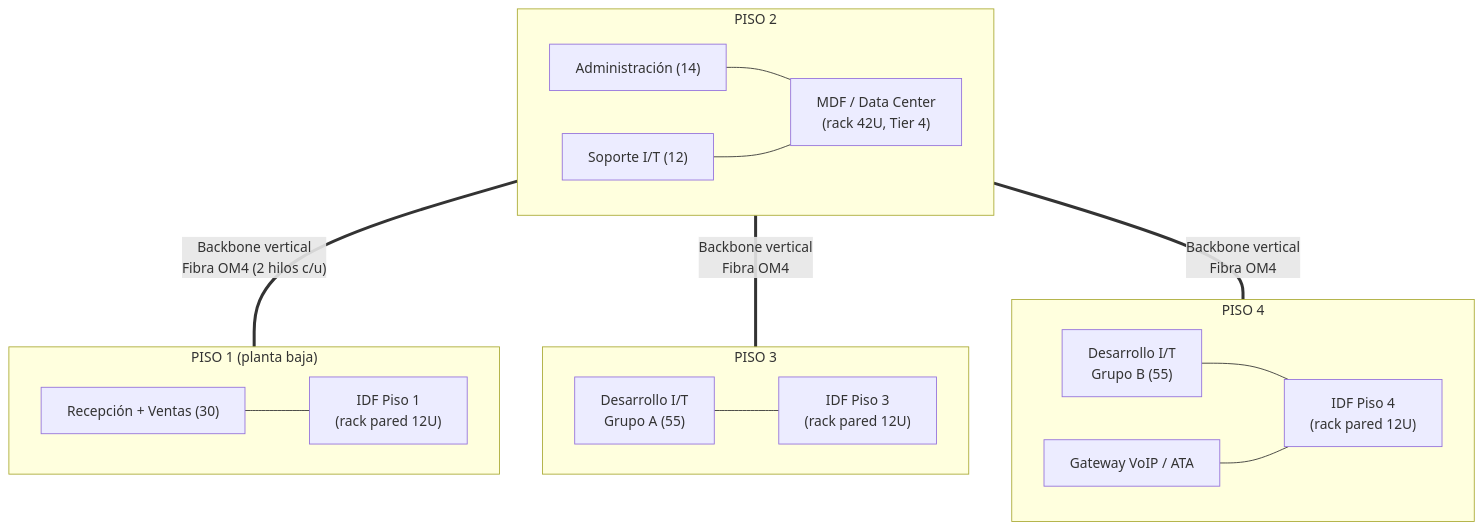
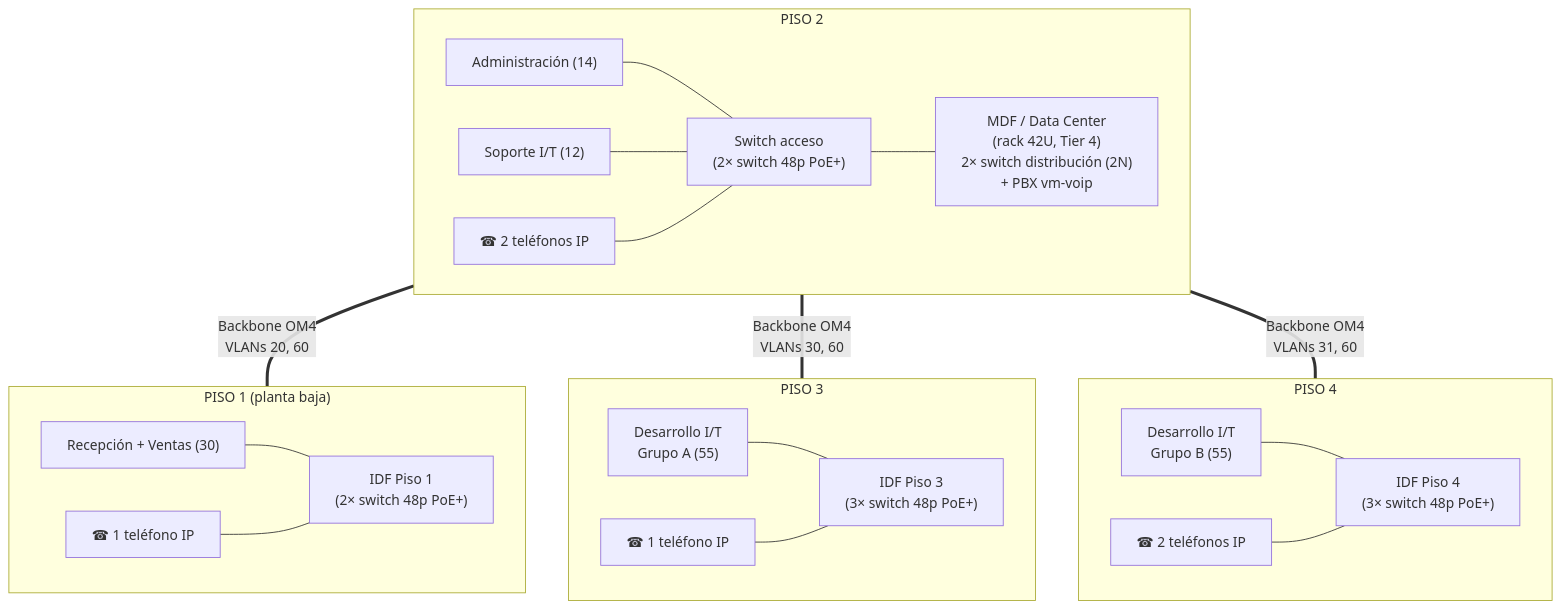
One commit to Samuel-s-Proyects/Redes-Proyecto-Final changed the diagram in Fase-1-Diseno-Red-Corporativa/04-Diseno-Fisico.md. Above: the diagram before and after it, drawn with Mermaid. The commit also changed other lines of this file and 15 other files, not shown here.

````diff
--- a/Fase-1-Diseno-Red-Corporativa/04-Diseno-Fisico.md
+++ b/Fase-1-Diseno-Red-Corporativa/04-Diseno-Fisico.md
@@ -19,35 +100,43 @@
 ```mermaid
 flowchart TB
     subgraph P4["PISO 4"]
         direction LR
         P4A["Desarrollo I/T\nGrupo B (55)"]
-        P4IDF["IDF Piso 4\n(rack pared 12U)"]
-        P4VOIP["Gateway VoIP / ATA"]
+        P4T["☎ 2 teléfonos IP"]
+        P4IDF["IDF Piso 4\n(3× switch 48p PoE+)"]
         P4A --- P4IDF
-        P4VOIP --- P4IDF
+        P4T --- P4IDF
     end
     subgraph P3["PISO 3"]
         direction LR
         P3A["Desarrollo I/T\nGrupo A (55)"]
-        P3IDF["IDF Piso 3\n(rack pared 12U)"]
+        P3T["☎ 1 teléfono IP"]
+        P3IDF["IDF Piso 3\n(3× switch 48p PoE+)"]
         P3A --- P3IDF
+        P3T --- P3IDF
     end
     subgraph P2["PISO 2"]
         direction LR
         P2A["Administración (14)"]
         P2B["Soporte I/T (12)"]
-        P2DC["MDF / Data Center\n(rack 42U, Tier 4)"]
-        P2A --- P2DC
-        P2B --- P2DC
+        P2T["☎ 2 teléfonos IP"]
+        P2ACC["Switch acceso\n(2× switch 48p PoE+)"]
+        P2DC["MDF / Data Center\n(rack 42U, Tier 4)\n2× switch distribución (2N)\n+ PBX vm-voip"]
+        P2A --- P2ACC
+        P2B --- P2ACC
+        P2T --- P2ACC
+        P2ACC --- P2DC
     end
     subgraph P1["PISO 1 (planta baja)"]
         direction LR
         P1A["Recepción + Ventas (30)"]
-        P1IDF["IDF Piso 1\n(rack pared 12U)"]
+        P1T["☎ 1 teléfono IP"]
+        P1IDF["IDF Piso 1\n(2× switch 48p PoE+)"]
         P1A --- P1IDF
+        P1T --- P1IDF
     end
 
-    P2DC ===|"Backbone vertical\nFibra OM4 (2 hilos c/u)"| P1IDF
-    P2DC ===|"Backbone vertical\nFibra OM4"| P3IDF
-    P2DC ===|"Backbone vertical\nFibra OM4"| P4IDF
+    P2DC ===|"Backbone OM4\nVLANs 20, 60"| P1IDF
+    P2DC ===|"Backbone OM4\nVLANs 30, 60"| P3IDF
+    P2DC ===|"Backbone OM4\nVLANs 31, 60"| P4IDF
 ```
````
